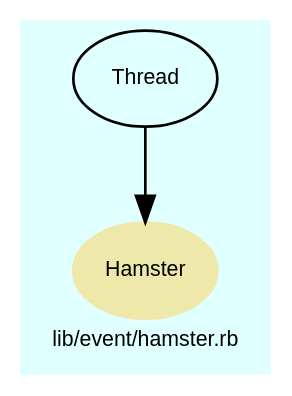
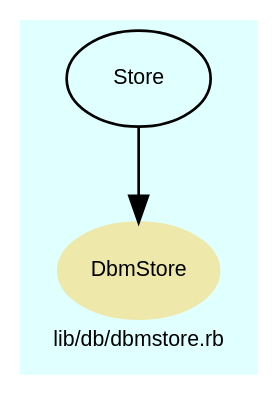
The diagram in doc/dot/f_36.dot (Tyche/teensymud), drawn with Graphviz before and after one commit. The commit also changed 180 other files, not shown here.

```diff
--- a/doc/dot/f_36.dot
+++ b/doc/dot/f_36.dot
@@ -1,31 +1,31 @@
 digraph TopLevel {
     compound = true
     bgcolor = lightcyan1
     fontname = Arial
     fontsize = 8
-    label = "lib/event/hamster.rb"
+    label = "lib/db/dbmstore.rb"
     node [
         fontname = Arial,
         fontsize = 8,
         color = black
     ]
 
-    Hamster [
+    DbmStore [
         fontcolor = black,
-        URL = "classes/Hamster.html",
+        URL = "classes/DbmStore.html",
         shape = ellipse,
         color = palegoldenrod,
         style = filled,
-        label = "Hamster"
+        label = "DbmStore"
     ]
 
-    Thread [
-        URL = "classes/Thread.html",
-        label = "Thread"
+    Store [
+        URL = "classes/Store.html",
+        label = "Store"
     ]
 
-    Thread -> Hamster [
+    Store -> DbmStore [
 
     ]
 
 }
```
